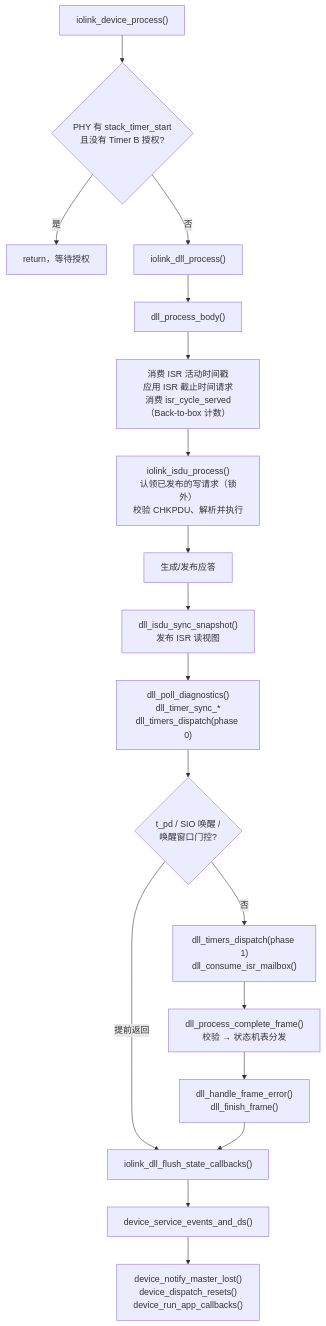
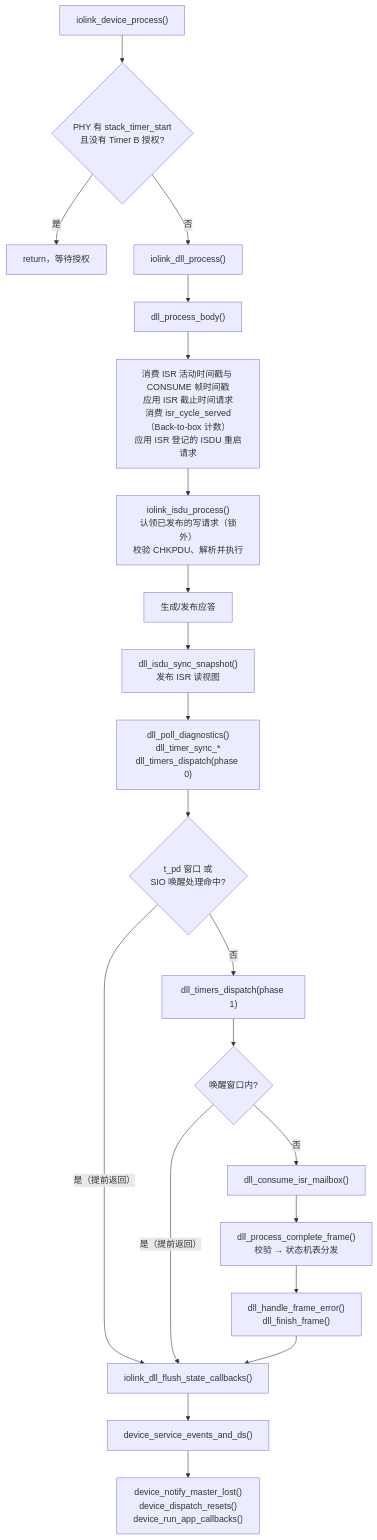
One commit to Adlyq/iolinki changed the fifth of 17 diagrams in docs/CODE_FLOW.md. Above: the diagram before and after it, drawn with Mermaid. The commit also changed other lines of this file, not shown here.

First line of the commit message:
docs(flow): align pump, frame dispatch and timer paths with src

````diff
--- a/docs/CODE_FLOW.md
+++ b/docs/CODE_FLOW.md
@@ -346,20 +346,23 @@
 ```mermaid
 flowchart TD
     A["iolink_device_process()"] --> B{"PHY 有 stack_timer_start<br/>且没有 Timer B 授权?"}
     B -- 是 --> Z["return，等待授权"]
     B -- 否 --> C["iolink_dll_process()"]
     C --> C1["dll_process_body()"]
-    C1 --> C2["消费 ISR 活动时间戳<br/>应用 ISR 截止时间请求<br/>消费 isr_cycle_served（Back-to-box 计数）"]
+    C1 --> C2["消费 ISR 活动时间戳与 CONSUME 帧时间戳<br/>应用 ISR 截止时间请求<br/>消费 isr_cycle_served（Back-to-box 计数）<br/>应用 ISR 登记的 ISDU 重启请求"]
     C2 --> D["iolink_isdu_process()<br/>认领已发布的写请求（锁外）<br/>校验 CHKPDU、解析并执行"]
     D --> E["生成/发布应答"]
     E --> F["dll_isdu_sync_snapshot()<br/>发布 ISR 读视图"]
     F --> G["dll_poll_diagnostics()<br/>dll_timer_sync_*<br/>dll_timers_dispatch(phase 0)"]
-    G --> G1{"t_pd / SIO 唤醒 /<br/>唤醒窗口门控?"}
-    G1 -- 提前返回 --> H
-    G1 -- 否 --> G2["dll_timers_dispatch(phase 1)<br/>dll_consume_isr_mailbox()"]
-    G2 --> K["dll_process_complete_frame()<br/>校验 → 状态机表分发"]
+    G --> G1{"t_pd 窗口 或<br/>SIO 唤醒处理命中?"}
+    G1 -- 是（提前返回） --> H
+    G1 -- 否 --> G2["dll_timers_dispatch(phase 1)"]
+    G2 --> G3{"唤醒窗口内?"}
+    G3 -- 是（提前返回） --> H
+    G3 -- 否 --> G4["dll_consume_isr_mailbox()"]
+    G4 --> K["dll_process_complete_frame()<br/>校验 → 状态机表分发"]
     K --> K1["dll_handle_frame_error()<br/>dll_finish_frame()"]
     K1 --> H["iolink_dll_flush_state_callbacks()"]
     H --> L["device_service_events_and_ds()"]
     L --> M["device_notify_master_lost()<br/>device_dispatch_resets()<br/>device_run_app_callbacks()"]
 ```
````
